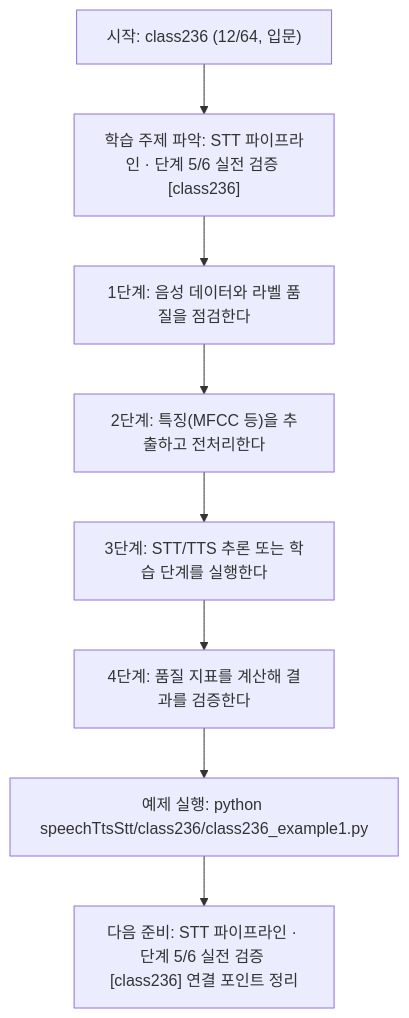
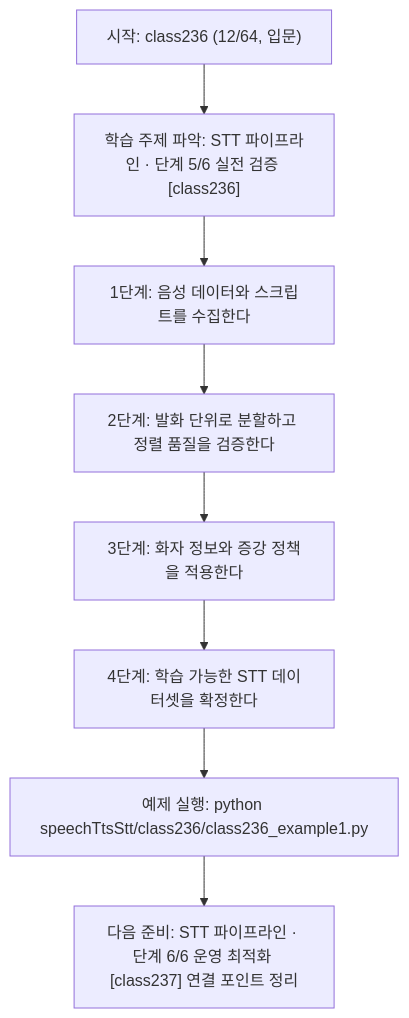
The diagram in speechTtsStt/class236/class236.md (edumgt/Python-AI_Agent-Class), drawn with Mermaid before and after one commit. The commit also changed other lines of this file and 1122 other files, not shown here.

````diff
--- a/speechTtsStt/class236/class236.md
+++ b/speechTtsStt/class236/class236.md
@@ -113,18 +95,18 @@
 ```mermaid
 flowchart TD
 N1["시작: class236 (12/64, 입문)"]
 N2["학습 주제 파악: STT 파이프라인 · 단계 5/6 실전 검증 [class236]"]
-N3["1단계: 음성 데이터와 라벨 품질을 점검한다"]
-N4["2단계: 특징(MFCC 등)을 추출하고 전처리한다"]
-N5["3단계: STT/TTS 추론 또는 학습 단계를 실행한다"]
-N6["4단계: 품질 지표를 계산해 결과를 검증한다"]
+N3["1단계: 음성 데이터와 스크립트를 수집한다"]
+N4["2단계: 발화 단위로 분할하고 정렬 품질을 검증한다"]
+N5["3단계: 화자 정보와 증강 정책을 적용한다"]
+N6["4단계: 학습 가능한 STT 데이터셋을 확정한다"]
 N7["예제 실행: python speechTtsStt/class236/class236_example1.py"]
-N8["다음 준비: STT 파이프라인 · 단계 5/6 실전 검증 [class236] 연결 포인트 정리"]
+N8["다음 준비: STT 파이프라인 · 단계 6/6 운영 최적화 [class237] 연결 포인트 정리"]
 N1 --> N2
 N2 --> N3
 N3 --> N4
 N4 --> N5
 N5 --> N6
 N6 --> N7
 N7 --> N8
 ```
````
